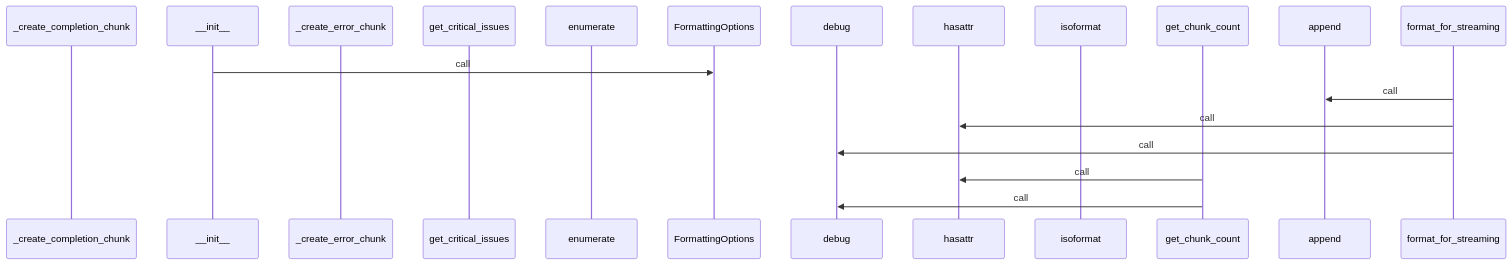
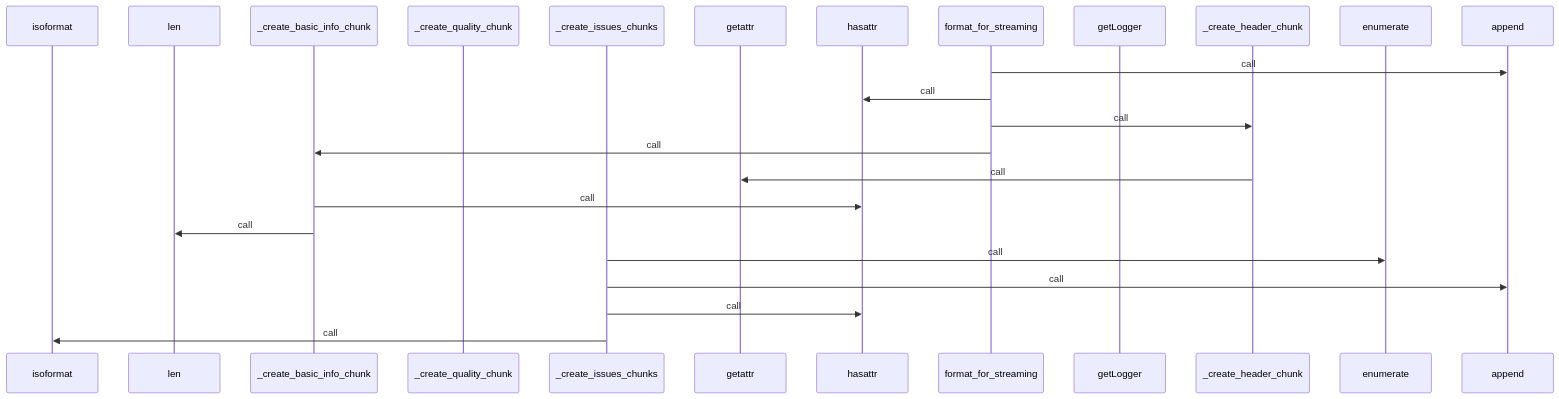
Before and after one commit to yeonjae-personal/codemuse-backend: the third of 4 diagrams in generated_docs/rule_analyzer/formatters/streaming_formatter.md, drawn with Mermaid. The commit also changed other lines of this file and 3991 other files, not shown here.

First line of the commit message:
feat: 워크플로우 개선 및 핵심 문서 자동 생성 구현

````diff
--- a/generated_docs/rule_analyzer/formatters/streaming_formatter.md
+++ b/generated_docs/rule_analyzer/formatters/streaming_formatter.md
@@ -192,21 +192,26 @@
 ```mermaid
 sequenceDiagram
-  participant _create_completion_chunk as _create_completion_chunk
-  participant __init__ as __init__
-  participant _create_error_chunk as _create_error_chunk
-  participant get_critical_issues as get_critical_issues
+  participant isoformat as isoformat
+  participant len as len
+  participant _create_basic_info_chunk as _create_basic_info_chunk
+  participant _create_quality_chunk as _create_quality_chunk
+  participant _create_issues_chunks as _create_issues_chunks
+  participant getattr as getattr
+  participant hasattr as hasattr
+  participant format_for_streaming as format_for_streaming
+  participant getLogger as getLogger
+  participant _create_header_chunk as _create_header_chunk
   participant enumerate as enumerate
-  participant FormattingOptions as FormattingOptions
-  participant debug as debug
-  participant hasattr as hasattr
-  participant isoformat as isoformat
-  participant get_chunk_count as get_chunk_count
   participant append as append
-  participant format_for_streaming as format_for_streaming
-  __init__->>FormattingOptions: call
   format_for_streaming->>append: call
   format_for_streaming->>hasattr: call
-  format_for_streaming->>debug: call
-  get_chunk_count->>hasattr: call
-  get_chunk_count->>debug: call
+  format_for_streaming->>_create_header_chunk: call
+  format_for_streaming->>_create_basic_info_chunk: call
+  _create_header_chunk->>getattr: call
+  _create_basic_info_chunk->>hasattr: call
+  _create_basic_info_chunk->>len: call
+  _create_issues_chunks->>enumerate: call
+  _create_issues_chunks->>append: call
+  _create_issues_chunks->>hasattr: call
+  _create_issues_chunks->>isoformat: call
 ```
````
